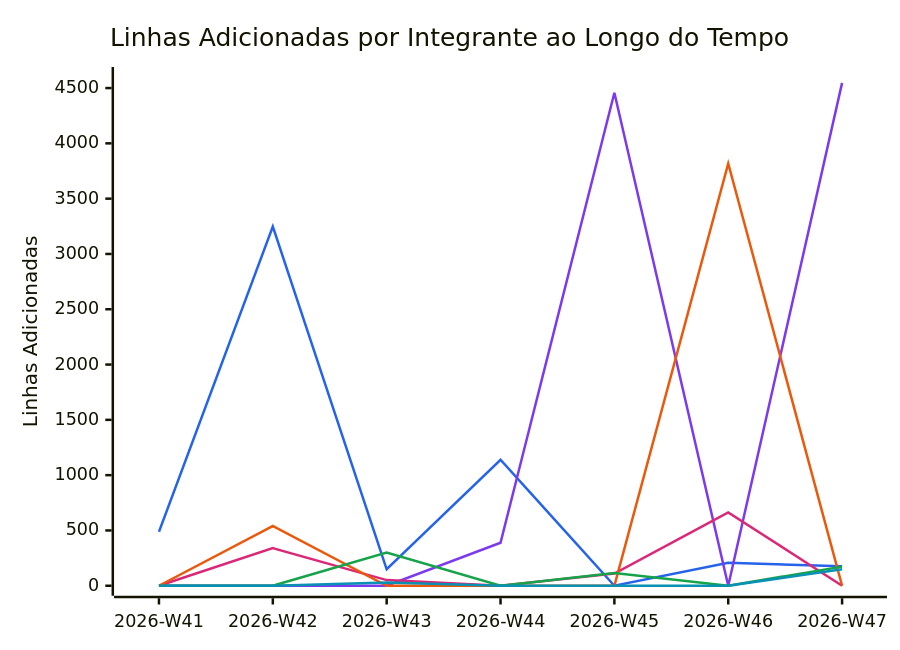
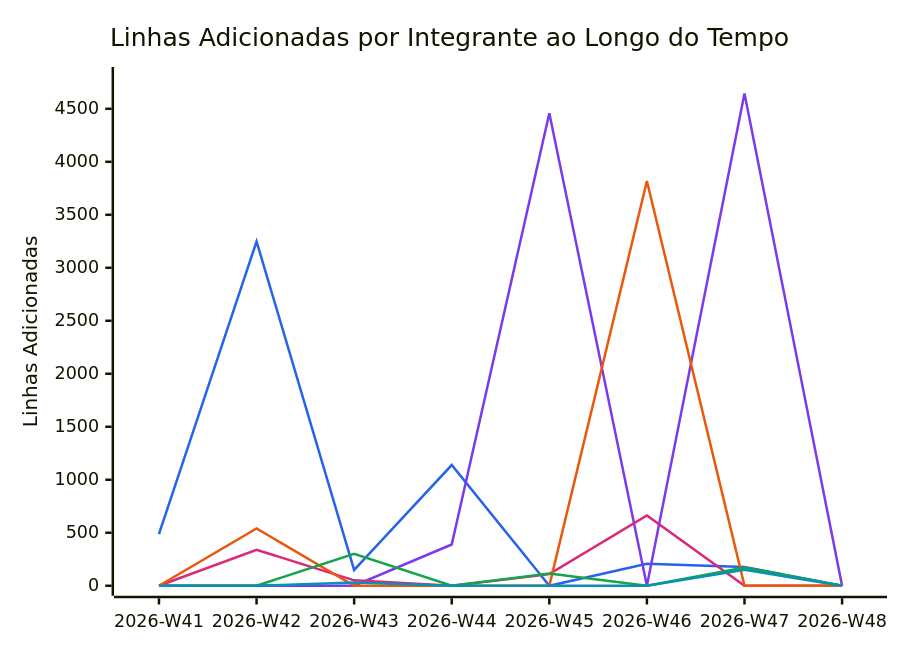
Before and after one commit to FCTE-Qualidade-de-Software-1/2026-2_T01_FRANS_BILAS: the diagram in documentation/snippets/management/code-additions.mmd, drawn with Mermaid. The commit also changed 5 other files, not shown here.

```diff
--- a/documentation/snippets/management/code-additions.mmd
+++ b/documentation/snippets/management/code-additions.mmd
@@ -1,11 +1,11 @@
 %%{init: {"themeVariables": {"xyChart": {"plotColorPalette": "#2563eb, #7c3aed, #db2777, #ea580c, #16a34a, #0891b2"}}}}%%
 xychart-beta
     title "Linhas Adicionadas por Integrante ao Longo do Tempo"
-    x-axis ["2026-W41", "2026-W42", "2026-W43", "2026-W44", "2026-W45", "2026-W46", "2026-W47"]
-    y-axis "Linhas Adicionadas" 0 --> 4600
-    line [488, 3248, 149, 1139, 0, 207, 176]
-    line [0, 0, 0, 389, 4458, 0, 4547]
-    line [0, 340, 51, 0, 110, 663, 0]
-    line [0, 540, 0, 0, 0, 3818, 0]
-    line [0, 0, 301, 0, 115, 0, 173]
-    line [0, 0, 30, 0, 0, 0, 150]
+    x-axis ["2026-W41", "2026-W42", "2026-W43", "2026-W44", "2026-W45", "2026-W46", "2026-W47", "2026-W48"]
+    y-axis "Linhas Adicionadas" 0 --> 4800
+    line [488, 3248, 149, 1139, 0, 207, 176, 0]
+    line [0, 0, 0, 389, 4458, 0, 4644, 0]
+    line [0, 340, 51, 0, 110, 663, 0, 0]
+    line [0, 540, 0, 0, 0, 3818, 0, 0]
+    line [0, 0, 301, 0, 115, 0, 173, 0]
+    line [0, 0, 30, 0, 0, 0, 150, 0]
```
